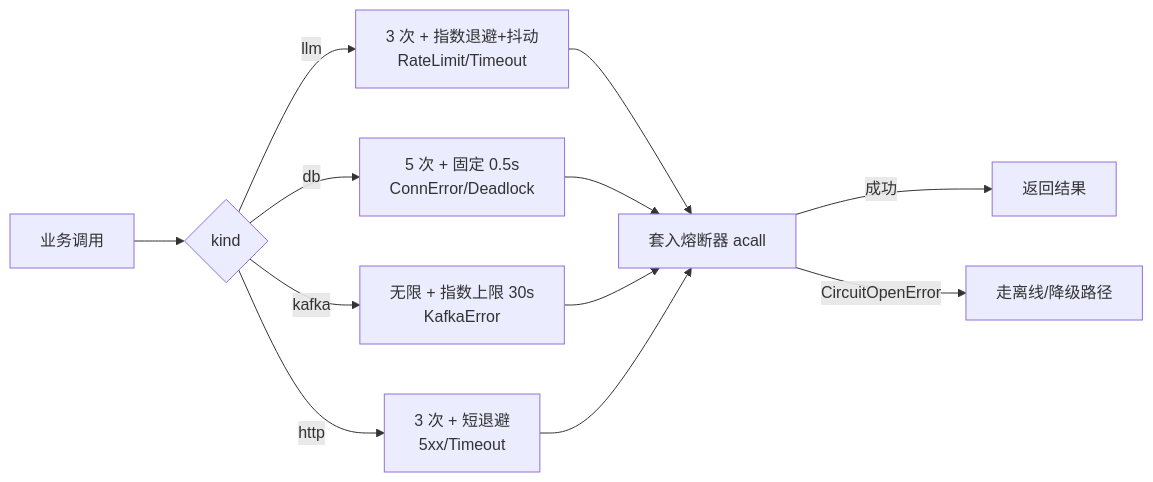
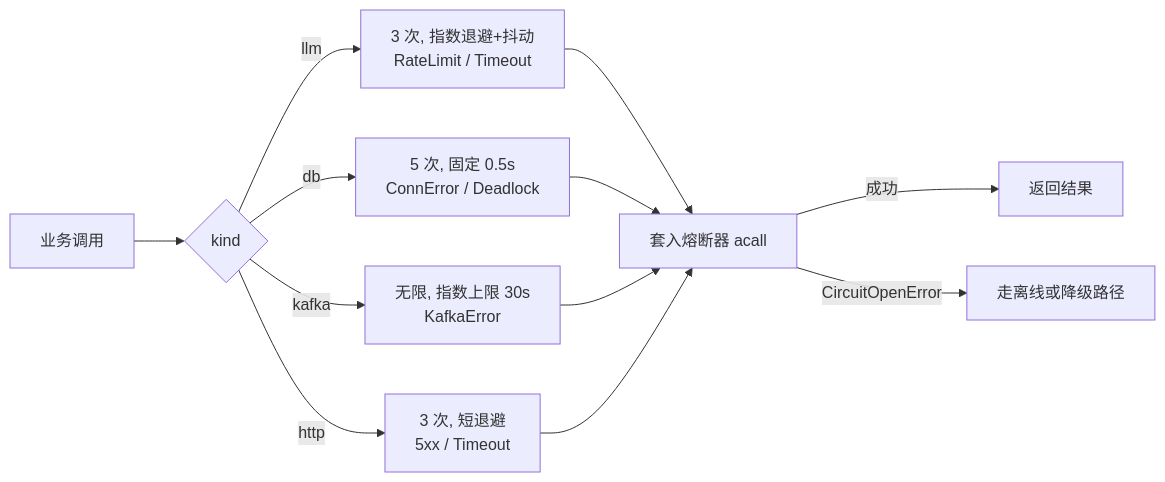
Before and after one commit to AlisLi/AIOps-Agent: the tenth of 11 diagrams in SYSTEM_DESIGN.md, drawn with Mermaid. The commit also changed other lines of this file, not shown here.

````diff
--- a/SYSTEM_DESIGN.md
+++ b/SYSTEM_DESIGN.md
@@ -399,14 +399,14 @@
 ```mermaid
 flowchart LR
-    CALL[业务调用] --> K{kind}
-    K -->|llm| L[3 次 + 指数退避+抖动<br/>RateLimit/Timeout]
-    K -->|db| D[5 次 + 固定 0.5s<br/>ConnError/Deadlock]
-    K -->|kafka| KF[无限 + 指数上限 30s<br/>KafkaError]
-    K -->|http| H[3 次 + 短退避<br/>5xx/Timeout]
-    L --> CB[套入熔断器 acall]
+    CALL["业务调用"] --> K{"kind"}
+    K -->|"llm"| L["3 次, 指数退避+抖动<br/>RateLimit / Timeout"]
+    K -->|"db"| D["5 次, 固定 0.5s<br/>ConnError / Deadlock"]
+    K -->|"kafka"| KF["无限, 指数上限 30s<br/>KafkaError"]
+    K -->|"http"| H["3 次, 短退避<br/>5xx / Timeout"]
+    L --> CB["套入熔断器 acall"]
     D --> CB
     KF --> CB
     H --> CB
-    CB -->|成功| OK[返回结果]
-    CB -->|CircuitOpenError| FB[走离线/降级路径]
+    CB -->|"成功"| OK["返回结果"]
+    CB -->|"CircuitOpenError"| FB["走离线或降级路径"]
 ```
````
